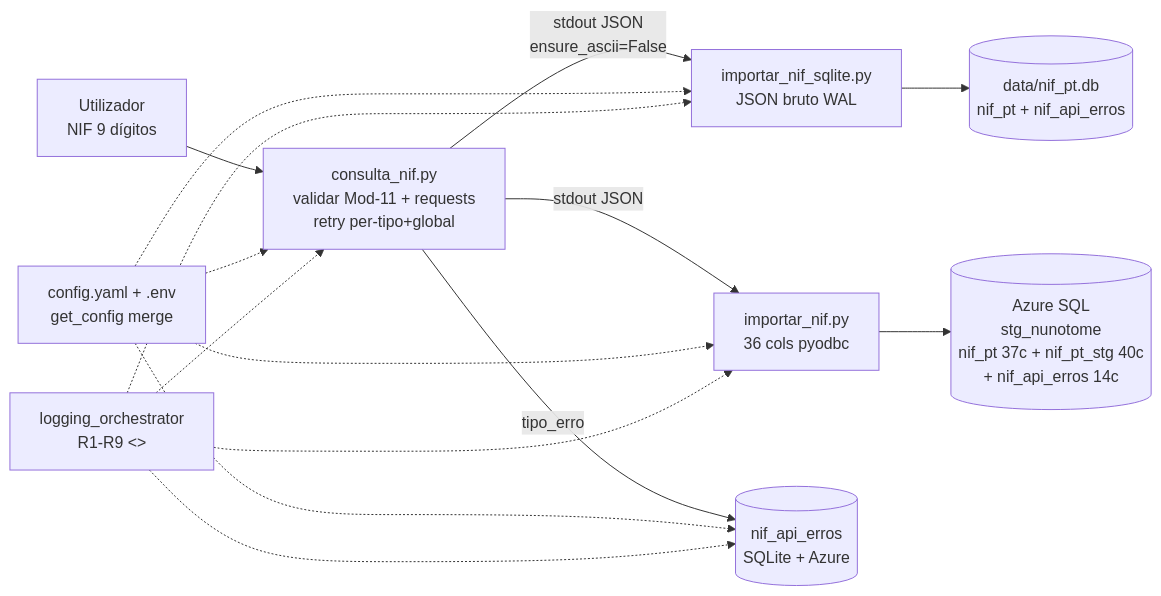
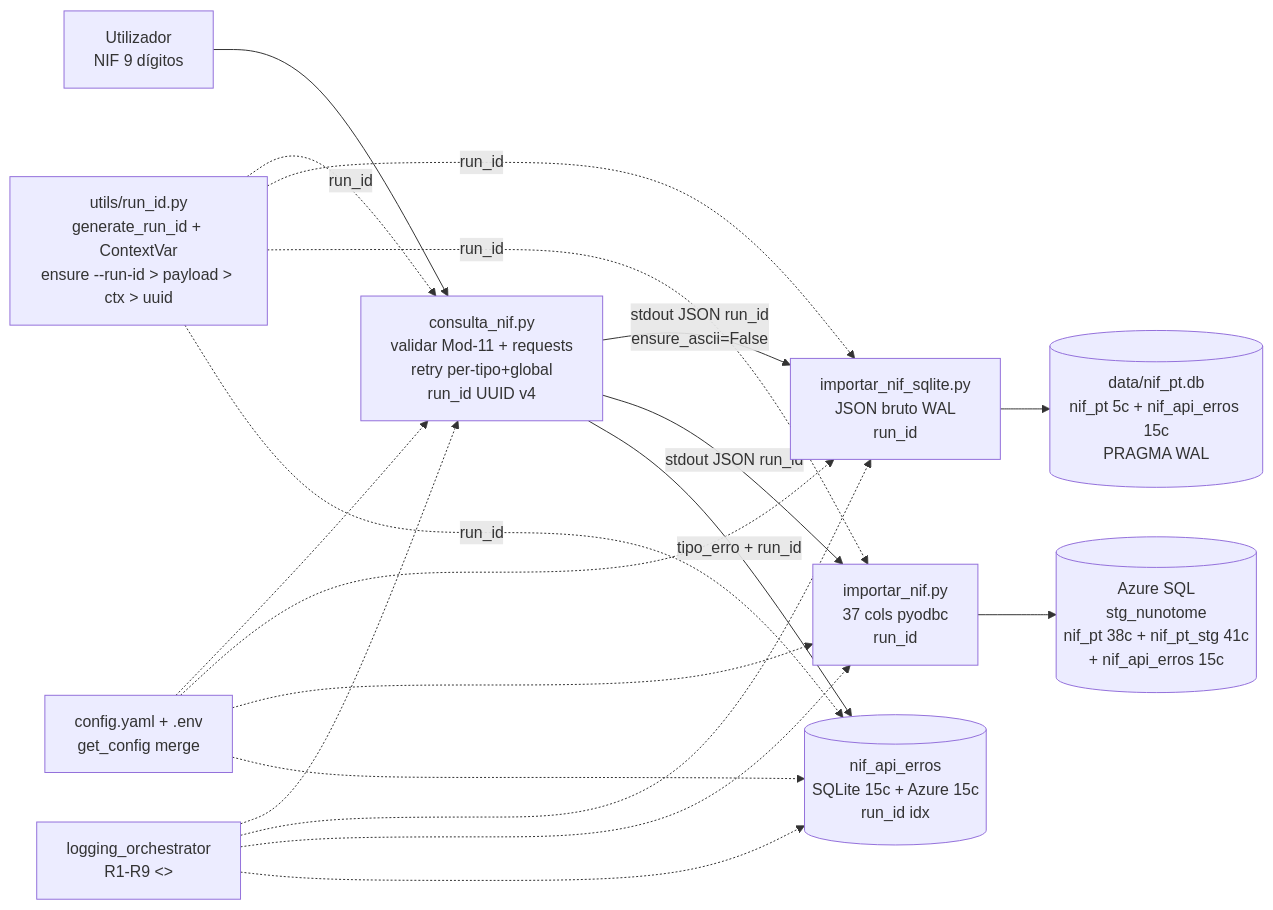
Before and after one commit to nunoetome/nif-pt: the diagram in README.md, drawn with Mermaid. The commit also changed other lines of this file and 13 other files, not shown here.

````diff
--- a/README.md
+++ b/README.md
@@ -59,11 +61,12 @@
 ```mermaid
 graph LR
-    U[Utilizador<br/>NIF 9 dígitos] --> C[consulta_nif.py<br/>validar Mod-11 + requests<br/>retry per-tipo+global]
-    C -->|stdout JSON<br/>ensure_ascii=False| S[importar_nif_sqlite.py<br/>JSON bruto WAL]
-    C -->|stdout JSON| A[importar_nif.py<br/>36 cols pyodbc]
-    C -->|tipo_erro| E[(nif_api_erros<br/>SQLite + Azure)]
-    S --> DB1[(data/nif_pt.db<br/>nif_pt + nif_api_erros)]
-    A --> DB2[(Azure SQL<br/>stg_nunotome<br/>nif_pt 37c + nif_pt_stg 40c<br/>+ nif_api_erros 14c)]
+    U[Utilizador<br/>NIF 9 dígitos] --> C[consulta_nif.py<br/>validar Mod-11 + requests<br/>retry per-tipo+global<br/>run_id UUID v4]
+    C -->|stdout JSON run_id<br/>ensure_ascii=False| S[importar_nif_sqlite.py<br/>JSON bruto WAL<br/>run_id]
+    C -->|stdout JSON run_id| A[importar_nif.py<br/>37 cols pyodbc<br/>run_id]
+    C -->|tipo_erro + run_id| E[(nif_api_erros<br/>SQLite 15c + Azure 15c<br/>run_id idx)]
+    S --> DB1[(data/nif_pt.db<br/>nif_pt 5c + nif_api_erros 15c<br/>PRAGMA WAL)]
+    A --> DB2[(Azure SQL<br/>stg_nunotome<br/>nif_pt 38c + nif_pt_stg 41c<br/>+ nif_api_erros 15c)]
+    R[utils/run_id.py<br/>generate_run_id + ContextVar<br/>ensure --run-id > payload > ctx > uuid] -. run_id .-> C & S & A & E
     CFG[config.yaml + .env<br/>get_config merge] -.-> C & S & A & E
     LOG[logging_orchestrator<br/>R1-R9 <<nif-pt>>] -.-> C & S & A & E
 ```
````
